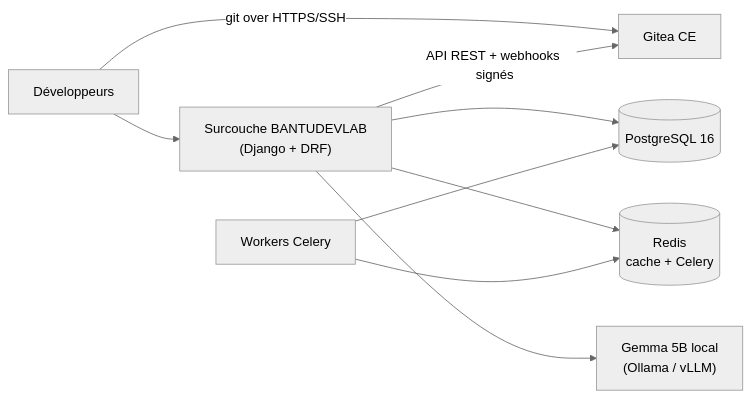
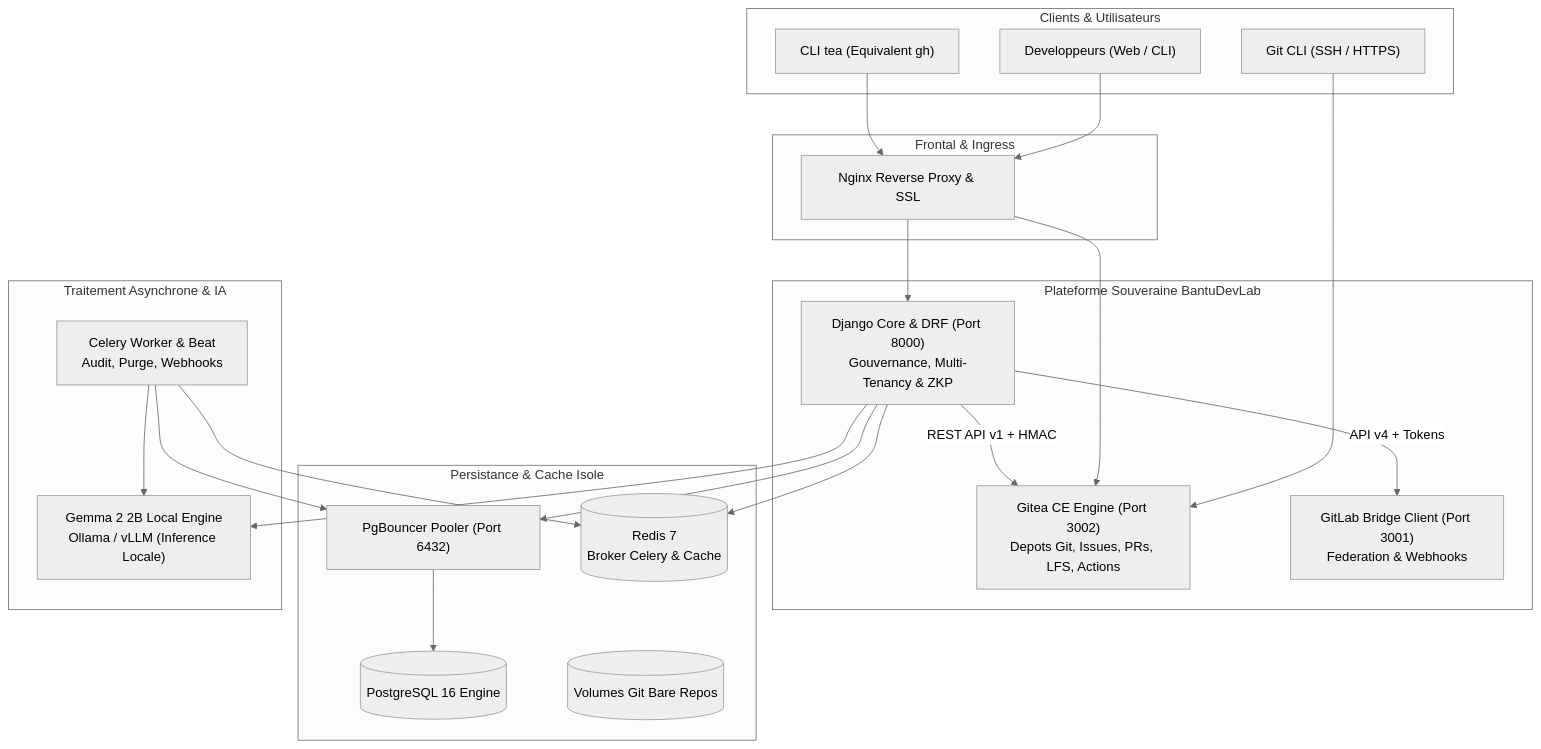
The first of 2 diagrams in README.md (OBIEY-TEAM/BANTUDEVLAB), drawn with Mermaid (neutral theme) before and after one commit. The commit also changed other lines of this file and 37 other files, not shown here.

````diff
--- a/README.md
+++ b/README.md
@@ -20,11 +41,47 @@
 ```mermaid
-flowchart LR
-    Dev["Développeurs"] --> Django["Surcouche BANTUDEVLAB<br/>(Django + DRF)"]
-    Dev -->|"git over HTTPS/SSH"| Gitea["Gitea CE"]
-    Django -->|"API REST + webhooks signés"| Gitea
-    Django --> PG[("PostgreSQL 16")]
-    Django --> Redis[("Redis<br/>cache + Celery")]
-    Django --> Gemma["Gemma 5B local<br/>(Ollama / vLLM)"]
-    Celery["Workers Celery"] --> Redis
-    Celery --> PG
+flowchart TD
+    subgraph Clients["Clients & Utilisateurs"]
+        Dev["Developpeurs (Web / CLI)"]
+        TeaCli["CLI tea (Equivalent gh)"]
+        GitCli["Git CLI (SSH / HTTPS)"]
+    end
+
+    subgraph Edge["Frontal & Ingress"]
+        Nginx["Nginx Reverse Proxy & SSL"]
+    end
+
+    subgraph CorePlatform["Plateforme Souveraine BantuDevLab"]
+        DjangoCore["Django Core & DRF (Port 8000)<br/>Gouvernance, Multi-Tenancy & ZKP"]
+        GiteaForge["Gitea CE Engine (Port 3002)<br/>Depots Git, Issues, PRs, LFS, Actions"]
+        GitLabBridge["GitLab Bridge Client (Port 3001)<br/>Federation & Webhooks"]
+    end
+
+    subgraph StorageData["Persistance & Cache Isole"]
+        PgBouncer["PgBouncer Pooler (Port 6432)"]
+        PostgresDB[("PostgreSQL 16 Engine")]
+        RedisCache[("Redis 7<br/>Broker Celery & Cache")]
+        GitStorage[("Volumes Git Bare Repos")]
+    end
+
+    subgraph AsynchronousWorkers["Traitement Asynchrone & IA"]
+        CeleryWorker["Celery Worker & Beat<br/>Audit, Purge, Webhooks"]
+        GemmaEngine["Gemma 2 2B Local Engine<br/>Ollama / vLLM (Inference Locale)"]
+    end
+
+    Dev --> Nginx
+    TeaCli --> Nginx
+    GitCli --> GiteaForge
+
+    Nginx --> DjangoCore
+    Nginx --> GiteaForge
+
+    DjangoCore --> PgBouncer --> PostgresDB
+    DjangoCore --> RedisCache
+    DjangoCore --> GemmaEngine
+    DjangoCore -->|"REST API v1 + HMAC"| GiteaForge
+    DjangoCore -->|"API v4 + Tokens"| GitLabBridge
+
+    CeleryWorker --> RedisCache
+    CeleryWorker --> PgBouncer
+    CeleryWorker --> GemmaEngine
 ```
````
